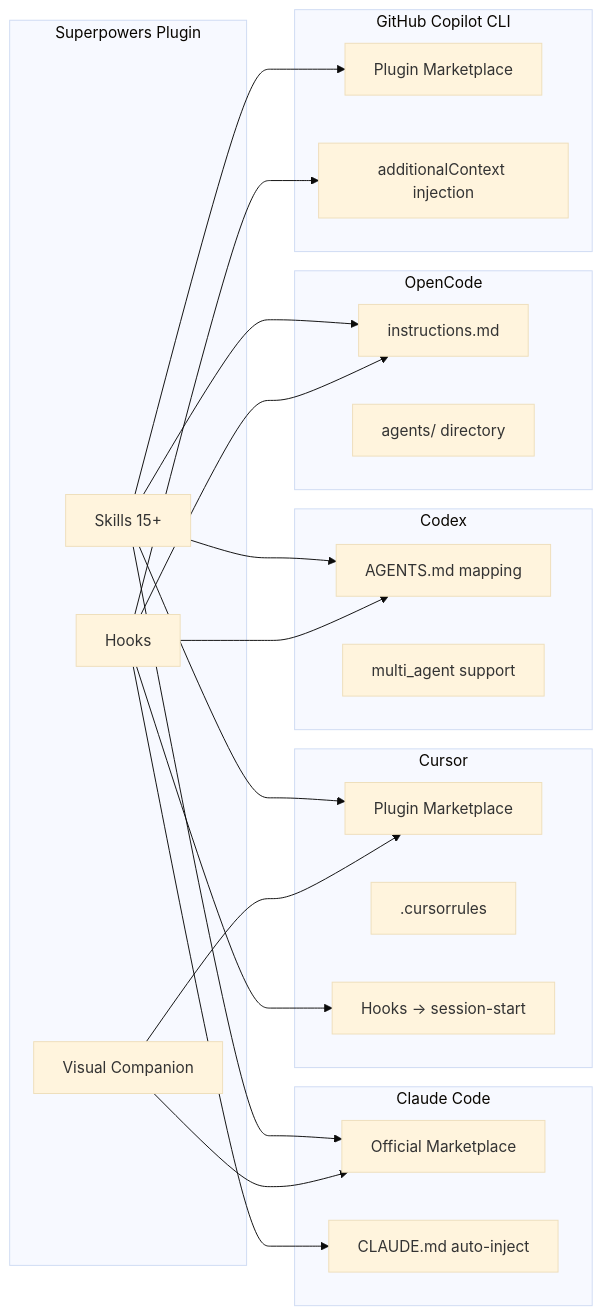
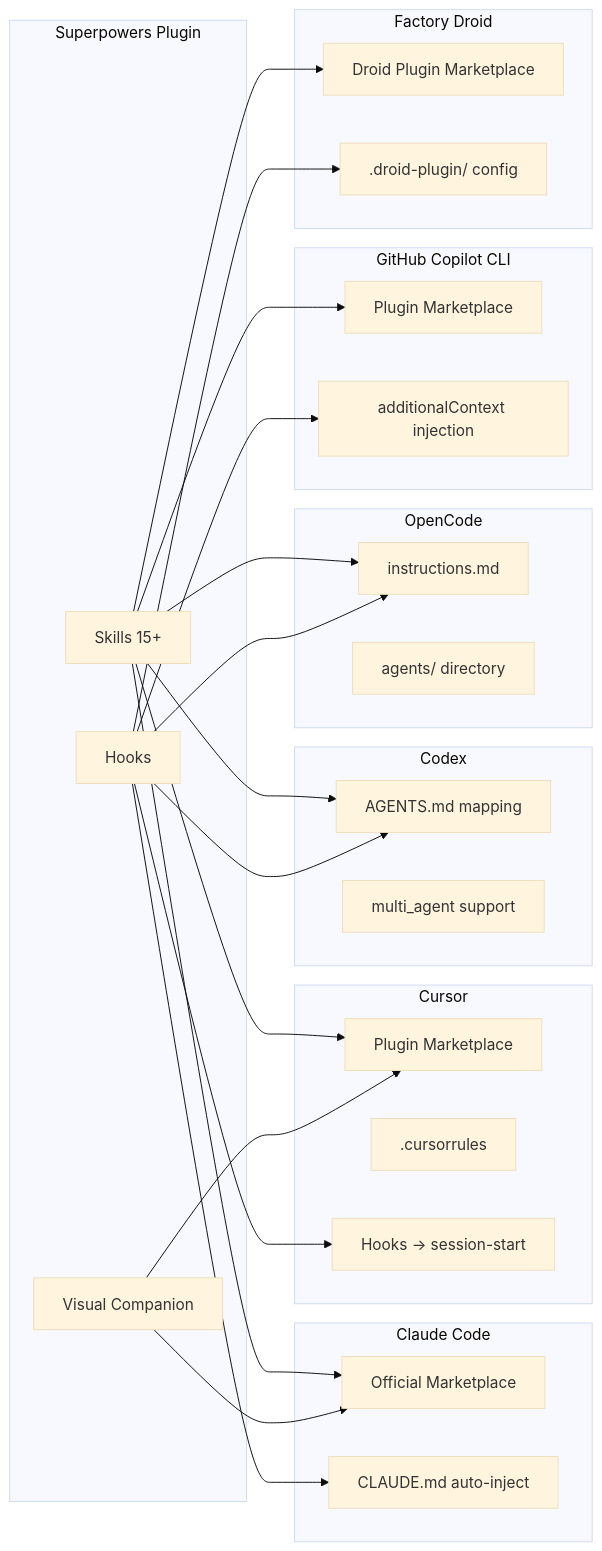
Before and after one commit to chihhung/Blog: the fifth of 43 diagrams in content/posts/教學/AI開發/Superpowers教學手冊.md, drawn with Mermaid (base theme). The commit also changed other lines of this file and 12 other files, not shown here.

````diff
--- a/content/posts/教學/AI開發/Superpowers教學手冊.md
+++ b/content/posts/教學/AI開發/Superpowers教學手冊.md
@@ -447,38 +460,43 @@
 ```mermaid
 graph LR
     subgraph "Superpowers Plugin"
         SKILLS[Skills 15+]
         HOOKS[Hooks]
         VIS[Visual Companion]
     end
     
     subgraph "Claude Code"
         CC_MKT[Official Marketplace]
         CC_CLAUDE[CLAUDE.md auto-inject]
     end
     
     subgraph "Cursor"
         CU_PLUG[Plugin Marketplace]
         CU_RULES[.cursorrules]
         CU_HOOK[Hooks → session-start]
     end
     
     subgraph "Codex"
         CDX_AGENTS[AGENTS.md mapping]
         CDX_MA[multi_agent support]
     end
     
     subgraph "OpenCode"
         OC_INST[instructions.md]
         OC_AGENT[agents/ directory]
     end
     
     subgraph "GitHub Copilot CLI"
         GCLI_MKT[Plugin Marketplace]
         GCLI_CTX[additionalContext injection]
     end
     
-    SKILLS --> CC_MKT & CU_PLUG & CDX_AGENTS & OC_INST & GCLI_MKT
-    HOOKS --> CC_CLAUDE & CU_HOOK & CDX_AGENTS & OC_INST & GCLI_CTX
+    subgraph "Factory Droid"
+        FD_MKT[Droid Plugin Marketplace]
+        FD_CFG[.droid-plugin/ config]
+    end
+    
+    SKILLS --> CC_MKT & CU_PLUG & CDX_AGENTS & OC_INST & GCLI_MKT & FD_MKT
+    HOOKS --> CC_CLAUDE & CU_HOOK & CDX_AGENTS & OC_INST & GCLI_CTX & FD_CFG
     VIS --> CC_MKT & CU_PLUG
 ```
````
